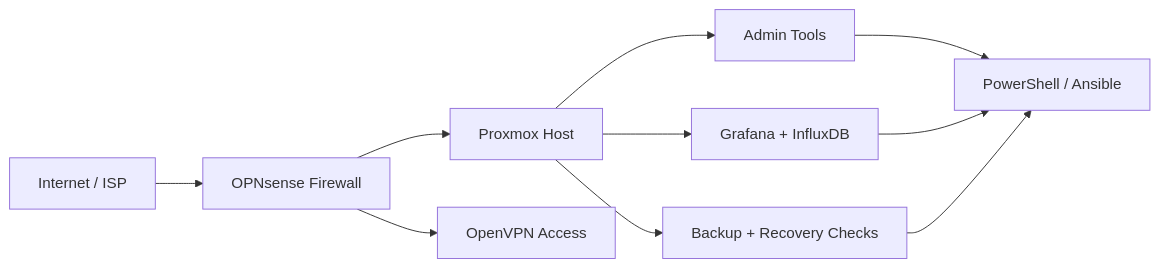
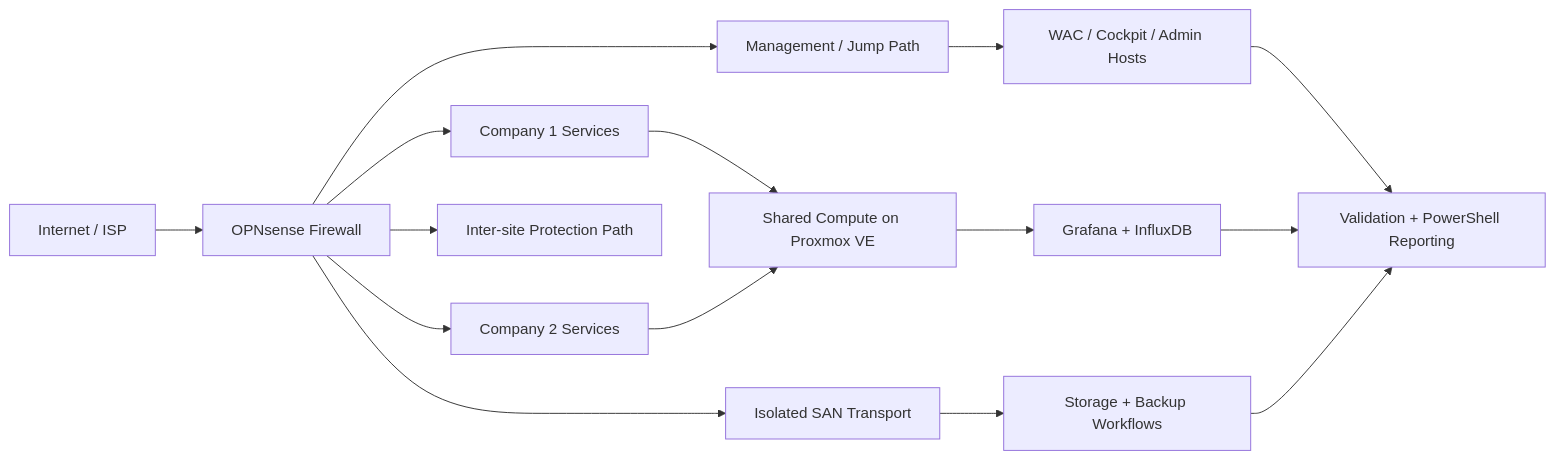
The diagram in README.md (huangstephen3/enterprise-infrastructure-capstone), drawn with Mermaid before and after one commit. The commit also changed other lines of this file and 6 other files, not shown here.

````diff
--- a/README.md
+++ b/README.md
@@ -26,12 +38,17 @@
 ```mermaid
 flowchart LR
   Internet["Internet / ISP"] --> FW["OPNsense Firewall"]
-  FW --> Proxmox["Proxmox Host"]
-  FW --> VPN["OpenVPN Access"]
-  Proxmox --> Admin["Admin Tools"]
+  FW --> Mgmt["Management / Jump Path"]
+  FW --> C1["Company 1 Services"]
+  FW --> C2["Company 2 Services"]
+  FW --> SAN["Isolated SAN Transport"]
+  FW --> VPN["Inter-site Protection Path"]
+  C1 --> Proxmox["Shared Compute on Proxmox VE"]
+  C2 --> Proxmox
+  SAN --> Backup["Storage + Backup Workflows"]
+  Mgmt --> Admin["WAC / Cockpit / Admin Hosts"]
   Proxmox --> Monitoring["Grafana + InfluxDB"]
-  Proxmox --> Backup["Backup + Recovery Checks"]
-  Admin --> Scripts["PowerShell / Ansible"]
+  Admin --> Scripts["Validation + PowerShell Reporting"]
   Monitoring --> Scripts
   Backup --> Scripts
 ```
````
